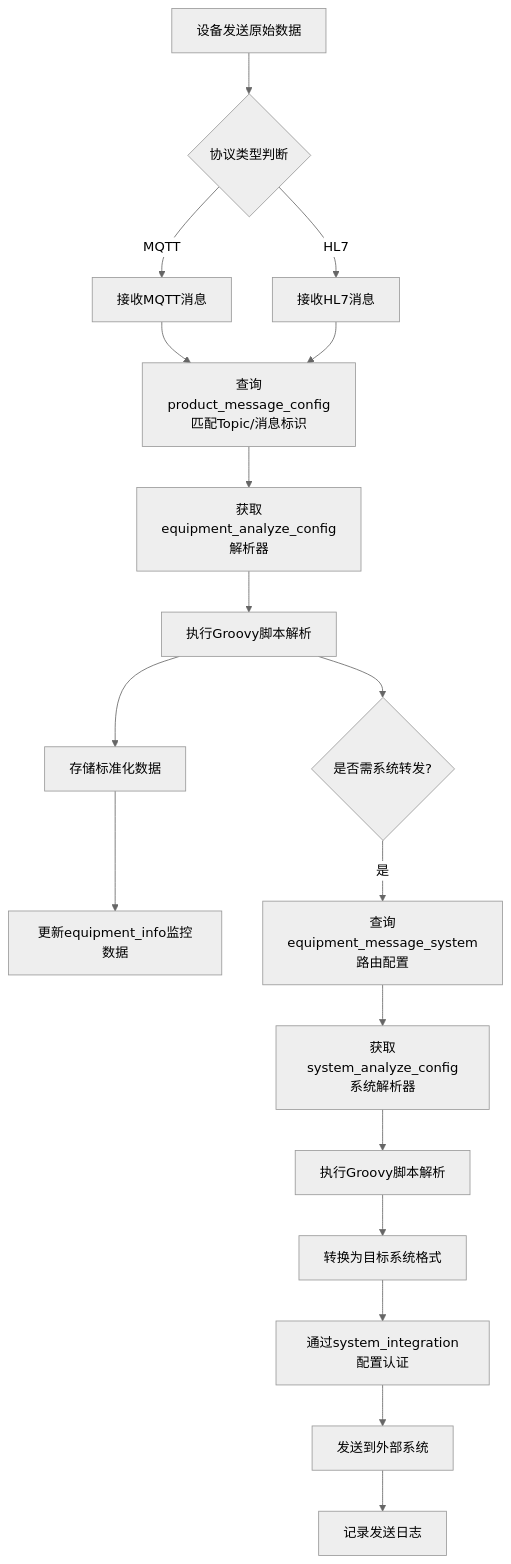
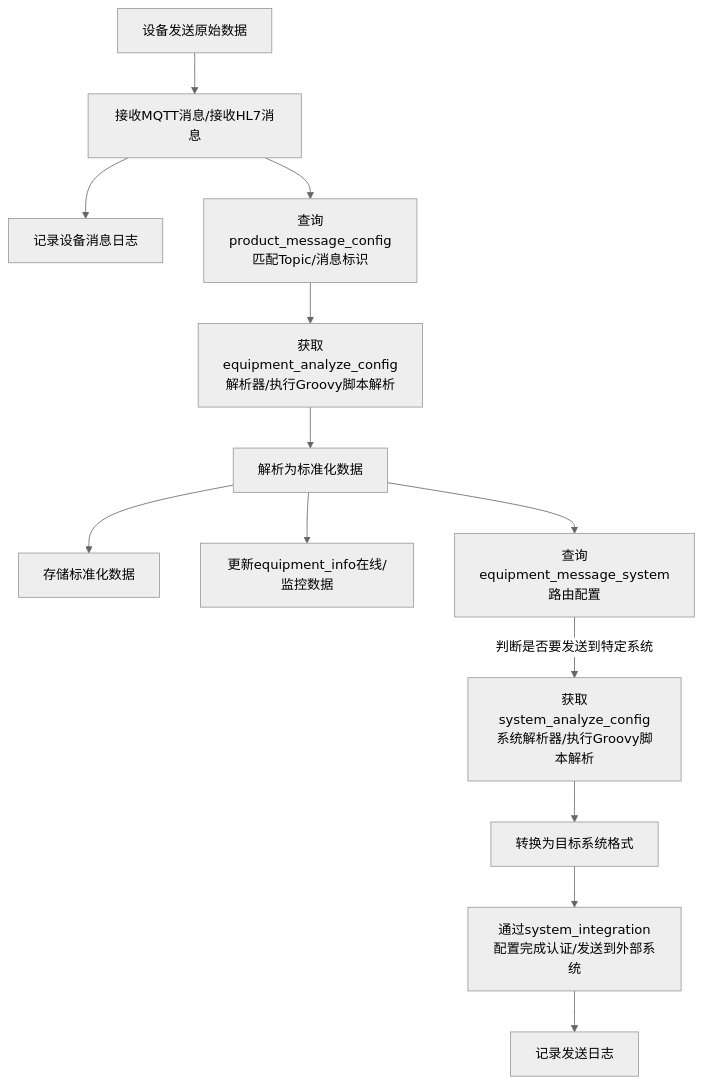
Before and after one commit to fuyong859050943/iodraw-files: the diagram in all/未命名-7.md, drawn with Mermaid (neutral theme).

Commit message:
2025-02-27 11:02:39 update

````diff
--- a/all/未命名-7.md
+++ b/all/未命名-7.md
@@ -1,25 +1,18 @@
 ```mermaid
 flowchart TD
-    A[设备发送原始数据] --> B{协议类型判断}
-    B -->|MQTT| C[接收MQTT消息]
-    B -->|HL7| D[接收HL7消息]
-    
-    C --> E[查询product_message_config匹配Topic/消息标识]
-    D --> E
-    E --> F[获取equipment_analyze_config解析器]
-    F --> G[执行Groovy脚本解析]
+    A[设备发送原始数据] --> B[接收MQTT消息/接收HL7消息]
+    B --> C[记录设备消息日志]
+    B --> E[查询product_message_config匹配Topic/消息标识]
+    E --> F[获取equipment_analyze_config解析器/执行Groovy脚本解析]
+    F --> G[解析为标准化数据]
 
     G --> M[存储标准化数据]
-    M --> O[更新equipment_info监控数据]
+    G --> O[更新equipment_info在线/监控数据]
 
-    G --> H{是否需系统转发?}
-    
-    H -->|是| I[查询equipment_message_system路由配置]
-    I --> J[获取system_analyze_config系统解析器]
-    J --> J1[执行Groovy脚本解析]
-    J1 --> K[转换为目标系统格式]
-    K --> L[通过system_integration配置认证]
-    L --> L1[发送到外部系统]
+    G --> H[查询equipment_message_system路由配置]
+    H -->|判断是否要发送到特定系统|J[获取system_analyze_config系统解析器/执行Groovy脚本解析]
+    J --> K[转换为目标系统格式]
+    K --> L[通过system_integration配置完成认证/发送到外部系统]
 
-    L1 --> N[记录发送日志]
+    L --> N[记录发送日志]
 ```
````
